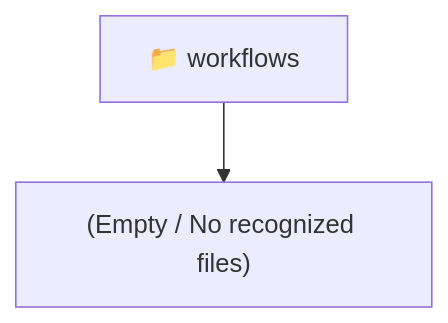
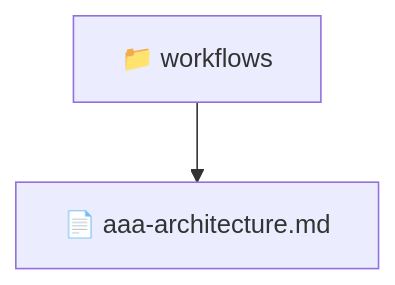
One commit to beginwebdev2002/fullstack-mavluda changed the diagram in .agent/workflows/README.md. Above: the diagram before and after it, drawn with Mermaid. The commit also changed other lines of this file and 165 other files, not shown here.

First line of the commit message:
docs: generate localized architectural READMEs

````diff
--- a/.agent/workflows/README.md
+++ b/.agent/workflows/README.md
@@ -9,5 +9,5 @@
 ```mermaid
 graph TD
-  Root["📁 workflows"]
-  Root --> Empty["(Empty / No recognized files)"]
+  workflows["📁 workflows"]
+  workflows --> aaa_architecture_md["📄 aaa-architecture.md"]
 ```
````
